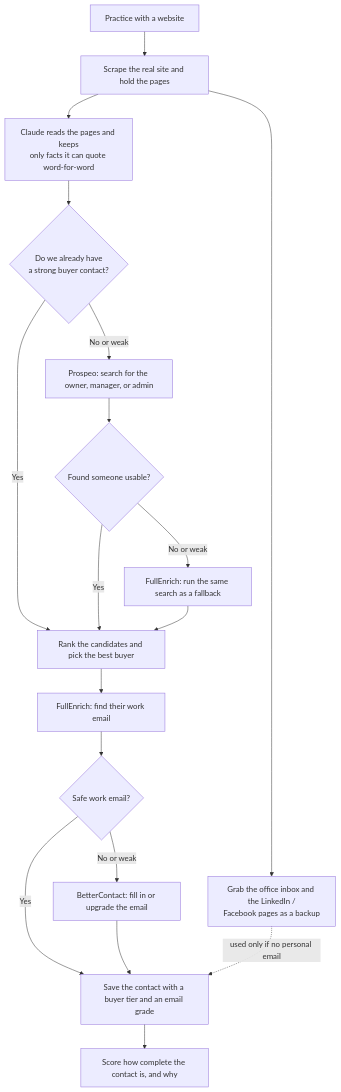
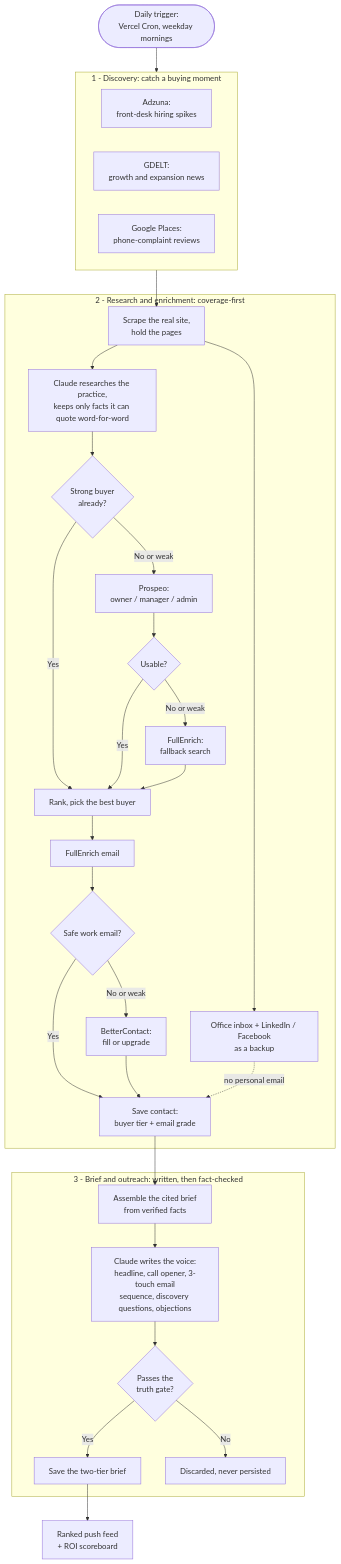
One commit to lilly-builds/buying-moment-engine changed the diagram in README.md. Above: the diagram before and after it, drawn with Mermaid. The commit also changed other lines of this file, not shown here.

Commit message:
docs(readme): expand architecture diagram to the full engine
The Mermaid chart showed only the enrichment waterfall. Expand it to the whole
engine so no stage is missing: the daily Vercel Cron trigger, the three discovery
signals (Adzuna, GDELT, Google Places), the coverage-first research/enrichment
waterfall, and the brief-and-outreach stage (cited factual brief, then Claude writes
the voice incl. the 3-touch email sequence, gated by the truth check before persist).

````diff
--- a/README.md
+++ b/README.md
@@ -171,22 +172,57 @@
 ```mermaid
 flowchart TD
-    A[Practice with a website] --> B[Scrape the real site and hold the pages]
-    B --> C[Claude reads the pages and keeps<br/>only facts it can quote word-for-word]
-    B --> D[Grab the office inbox and the LinkedIn /<br/>Facebook pages as a backup]
+    CRON([Daily trigger:<br/>Vercel Cron, weekday mornings])
 
-    C --> E{Do we already have<br/>a strong buyer contact?}
-    E -->|Yes| I[Rank the candidates and pick the best buyer]
-    E -->|No or weak| F[Prospeo: search for the owner, manager, or admin]
-    F --> G{Found someone usable?}
-    G -->|Yes| I
-    G -->|No or weak| H[FullEnrich: run the same search as a fallback]
-    H --> I
+    subgraph DISC [1 - Discovery: catch a buying moment]
+        AD[Adzuna:<br/>front-desk hiring spikes]
+        GD[GDELT:<br/>growth and expansion news]
+        GP[Google Places:<br/>phone-complaint reviews]
+    end
 
-    I --> J[FullEnrich: find their work email]
-    J --> K{Safe work email?}
-    K -->|Yes| M[Save the contact with a buyer tier and an email grade]
-    K -->|No or weak| L[BetterContact: fill in or upgrade the email]
-    L --> M
-    D -.->|used only if no personal email| M
-    M --> N[Score how complete the contact is, and why]
+    subgraph ENR [2 - Research and enrichment: coverage-first]
+        SCRAPE[Scrape the real site,<br/>hold the pages]
+        RES[Claude researches the practice,<br/>keeps only facts it can quote word-for-word]
+        FB[Office inbox + LinkedIn / Facebook<br/>as a backup]
+        E{Strong buyer<br/>already?}
+        PR[Prospeo:<br/>owner / manager / admin]
+        G{Usable?}
+        FE[FullEnrich:<br/>fallback search]
+        RK[Rank, pick the best buyer]
+        EM[FullEnrich email]
+        K{Safe work email?}
+        BC[BetterContact:<br/>fill or upgrade]
+        CT[Save contact:<br/>buyer tier + email grade]
+        SCRAPE --> RES
+        SCRAPE --> FB
+        RES --> E
+        E -->|No or weak| PR
+        PR --> G
+        G -->|No or weak| FE
+        E -->|Yes| RK
+        G -->|Yes| RK
+        FE --> RK
+        RK --> EM
+        EM --> K
+        K -->|No or weak| BC
+        K -->|Yes| CT
+        BC --> CT
+        FB -.no personal email.-> CT
+    end
+
+    subgraph SYN [3 - Brief and outreach: written, then fact-checked]
+        FACT[Assemble the cited brief<br/>from verified facts]
+        VOICE[Claude writes the voice:<br/>headline, call opener, 3-touch email<br/>sequence, discovery questions, objections]
+        TG{Passes the<br/>truth gate?}
+        SAVE[Save the two-tier brief]
+        DROP[Discarded, never persisted]
+        FACT --> VOICE
+        VOICE --> TG
+        TG -->|Yes| SAVE
+        TG -->|No| DROP
+    end
+
+    CRON --> DISC
+    DISC --> SCRAPE
+    CT --> FACT
+    SAVE --> FEED[Ranked push feed<br/>+ ROI scoreboard]
 ```
````
